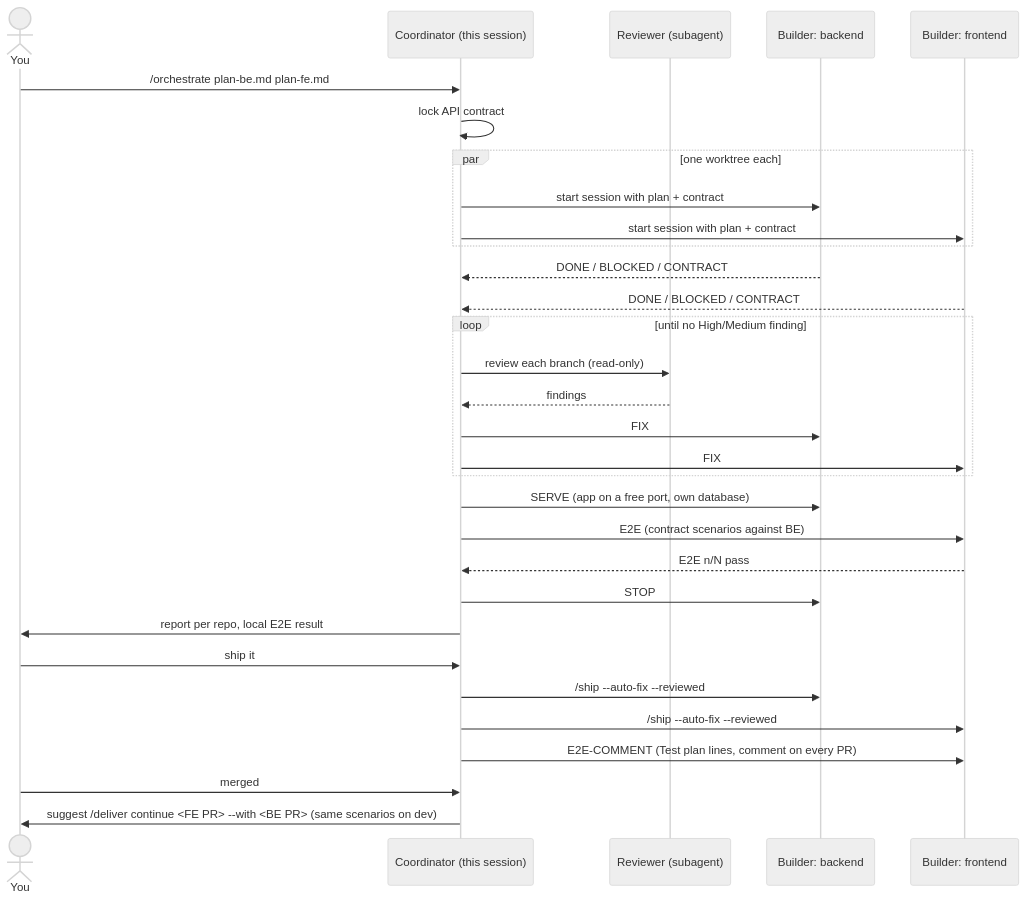
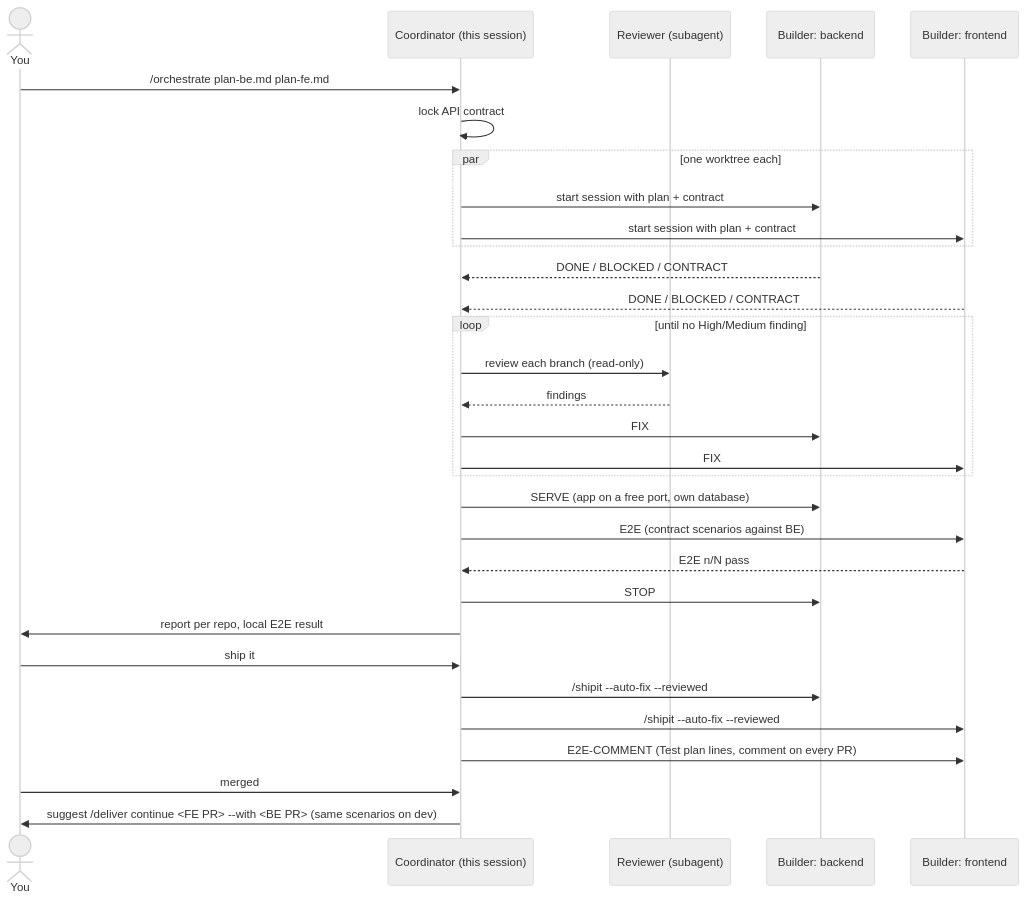
Before and after one commit to zahidakhyar/skills: the third of 3 diagrams in README.md, drawn with Mermaid (neutral theme). The commit also changed other lines of this file and 11 other files, not shown here.

First line of the commit message:
fix!: rename ship skill to shipit (#50)

````diff
--- a/README.md
+++ b/README.md
@@ -229,33 +229,33 @@
 ```mermaid
 sequenceDiagram
     actor You
     participant C as Coordinator (this session)
     participant R as Reviewer (subagent)
     participant BE as Builder: backend
     participant FE as Builder: frontend
     You->>C: /orchestrate plan-be.md plan-fe.md
     C->>C: lock API contract
     par one worktree each
         C->>BE: start session with plan + contract
         C->>FE: start session with plan + contract
     end
     BE-->>C: DONE / BLOCKED / CONTRACT
     FE-->>C: DONE / BLOCKED / CONTRACT
     loop until no High/Medium finding
         C->>R: review each branch (read-only)
         R-->>C: findings
         C->>BE: FIX
         C->>FE: FIX
     end
     C->>BE: SERVE (app on a free port, own database)
     C->>FE: E2E (contract scenarios against BE)
     FE-->>C: E2E n/N pass
     C->>BE: STOP
     C->>You: report per repo, local E2E result
     You->>C: ship it
-    C->>BE: /ship --auto-fix --reviewed
-    C->>FE: /ship --auto-fix --reviewed
+    C->>BE: /shipit --auto-fix --reviewed
+    C->>FE: /shipit --auto-fix --reviewed
     C->>FE: E2E-COMMENT (Test plan lines, comment on every PR)
     You->>C: merged
     C->>You: suggest /deliver continue <FE PR> --with <BE PR> (same scenarios on dev)
 ```
````
